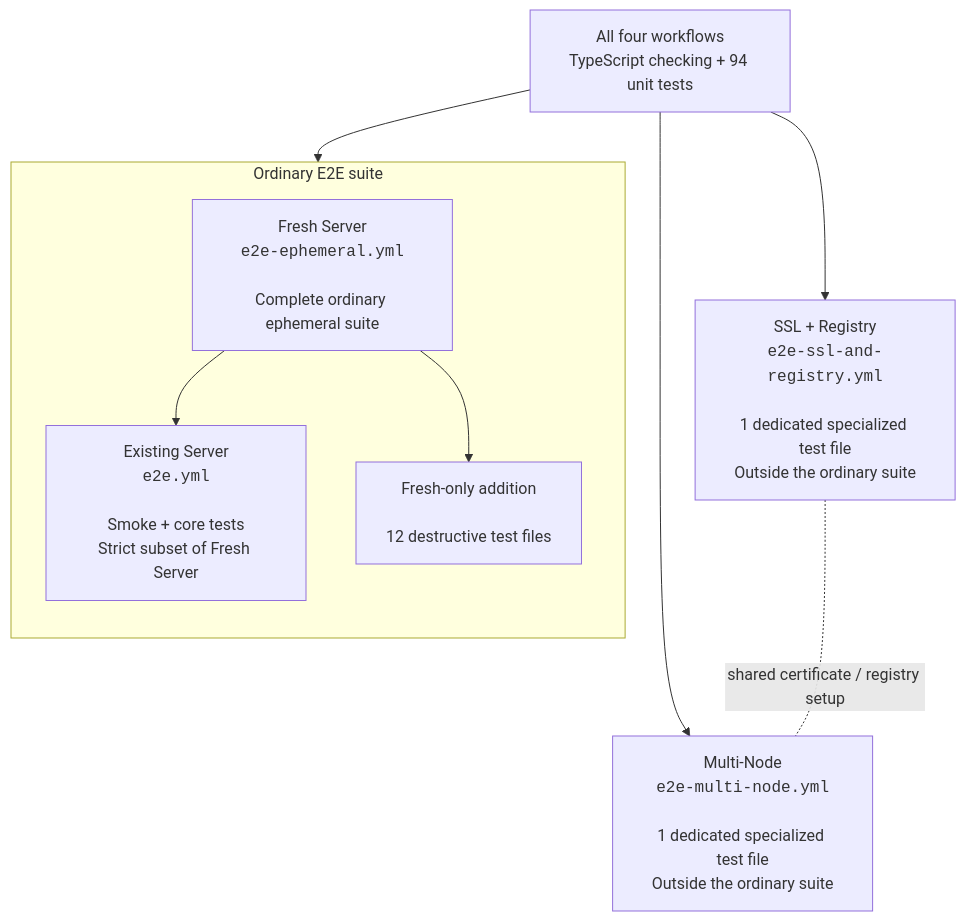
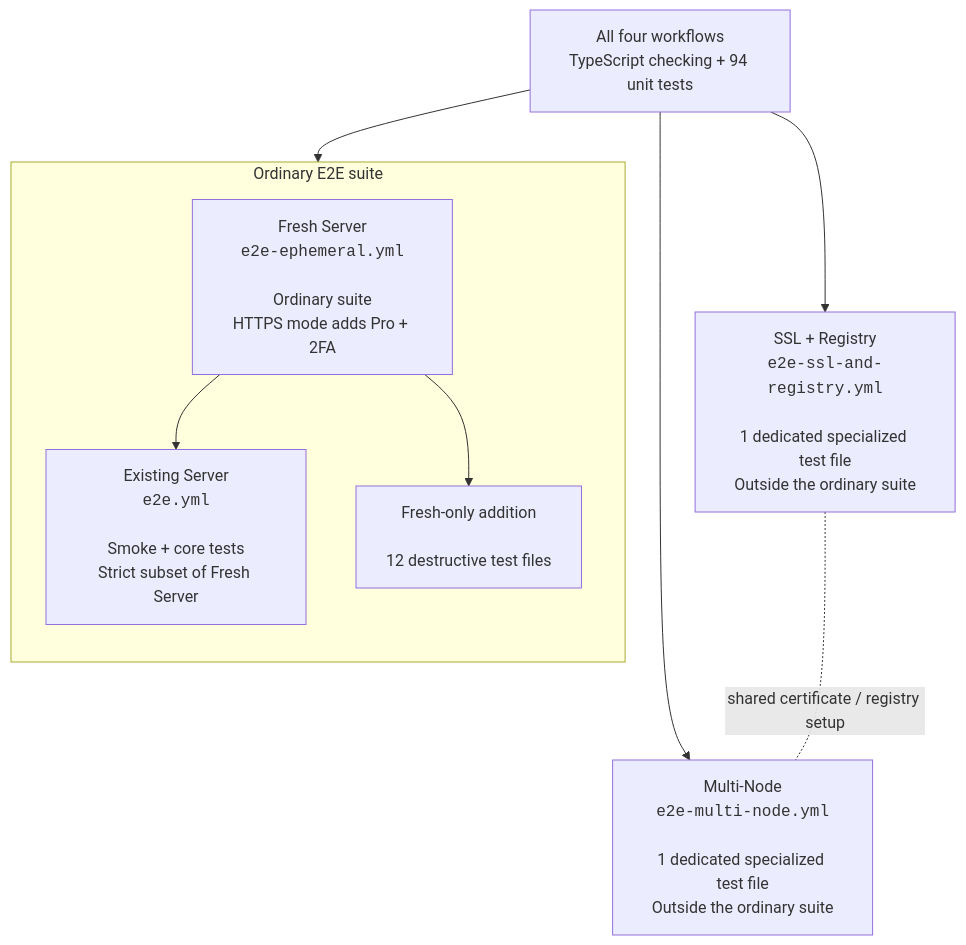
The diagram in README.md (caprover/caprover-e2e), drawn with Mermaid before and after one commit. The commit also changed other lines of this file, not shown here.

Commit message:
Document combined HTTPS and Pro/2FA mode

````diff
--- a/README.md
+++ b/README.md
@@ -117,27 +117,27 @@
 ```mermaid
 flowchart TB
     ALL["All four workflows<br/>TypeScript checking + 94 unit tests"]
 
     subgraph ORDINARY["Ordinary E2E suite"]
         direction TB
 
-        FRESH["Fresh Server<br/><code>e2e-ephemeral.yml</code><br/><br/>Complete ordinary ephemeral suite"]
+        FRESH["Fresh Server<br/><code>e2e-ephemeral.yml</code><br/><br/>Ordinary suite<br/>HTTPS mode adds Pro + 2FA"]
 
         EXISTING["Existing Server<br/><code>e2e.yml</code><br/><br/>Smoke + core tests<br/>Strict subset of Fresh Server"]
 
         EXTRA["Fresh-only addition<br/><br/>12 destructive test files"]
 
         FRESH --> EXISTING
         FRESH --> EXTRA
     end
 
     SSL["SSL + Registry<br/><code>e2e-ssl-and-registry.yml</code><br/><br/>1 dedicated specialized test file<br/>Outside the ordinary suite"]
 
     MULTI["Multi-Node<br/><code>e2e-multi-node.yml</code><br/><br/>1 dedicated specialized test file<br/>Outside the ordinary suite"]
 
     ALL --> FRESH
     ALL --> SSL
     ALL --> MULTI
 
     SSL -. shared certificate / registry setup .- MULTI
 ```
````
